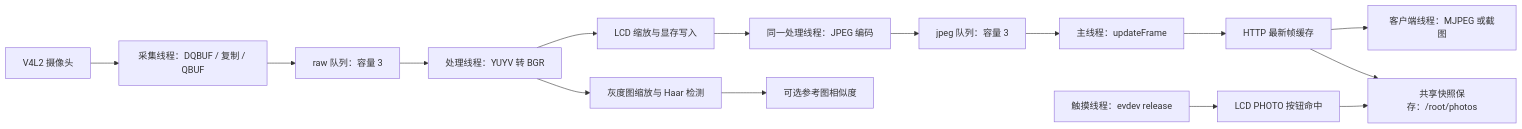
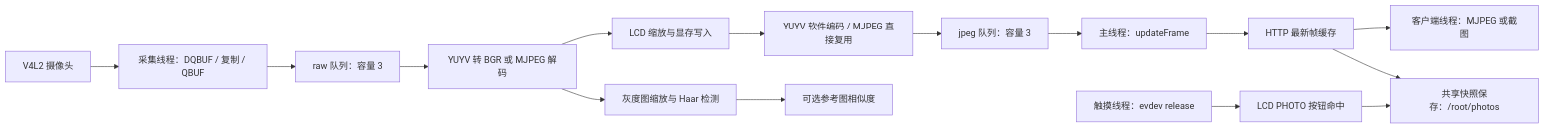
One commit to Dakken0915/cam changed the diagram in cam.md. Above: the diagram before and after it, drawn with Mermaid. The commit also changed other lines of this file and 19 other files, not shown here.

````diff
--- a/cam.md
+++ b/cam.md
@@ -76,17 +76,17 @@
 ```mermaid
 flowchart LR
     A["V4L2 摄像头"] --> B["采集线程：DQBUF / 复制 / QBUF"]
     B --> C["raw 队列：容量 3"]
-    C --> D["处理线程：YUYV 转 BGR"]
+    C --> D["YUYV 转 BGR 或 MJPEG 解码"]
     D --> E["LCD 缩放与显存写入"]
-    E --> F["同一处理线程：JPEG 编码"]
+    E --> F["YUYV 软件编码 / MJPEG 直接复用"]
     F --> G["jpeg 队列：容量 3"]
     G --> H["主线程：updateFrame"]
     H --> I["HTTP 最新帧缓存"]
     I --> J["客户端线程：MJPEG 或截图"]
     K["触摸线程：evdev release"] --> L["LCD PHOTO 按钮命中"]
     L --> M["共享快照保存：/root/photos"]
     I --> M
     D --> N[灰度图缩放与 Haar 检测]
     N --> O[可选参考图相似度]
 ```
````
